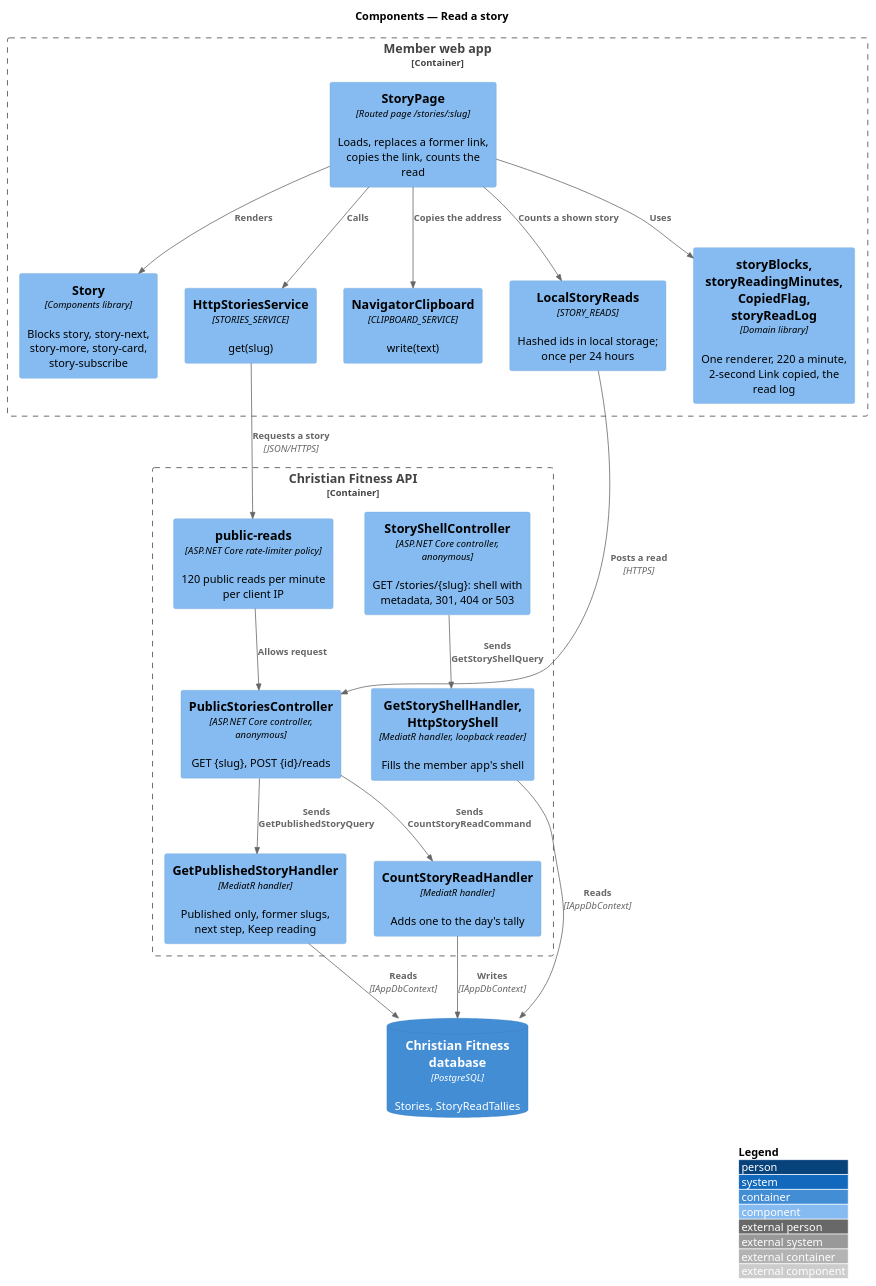
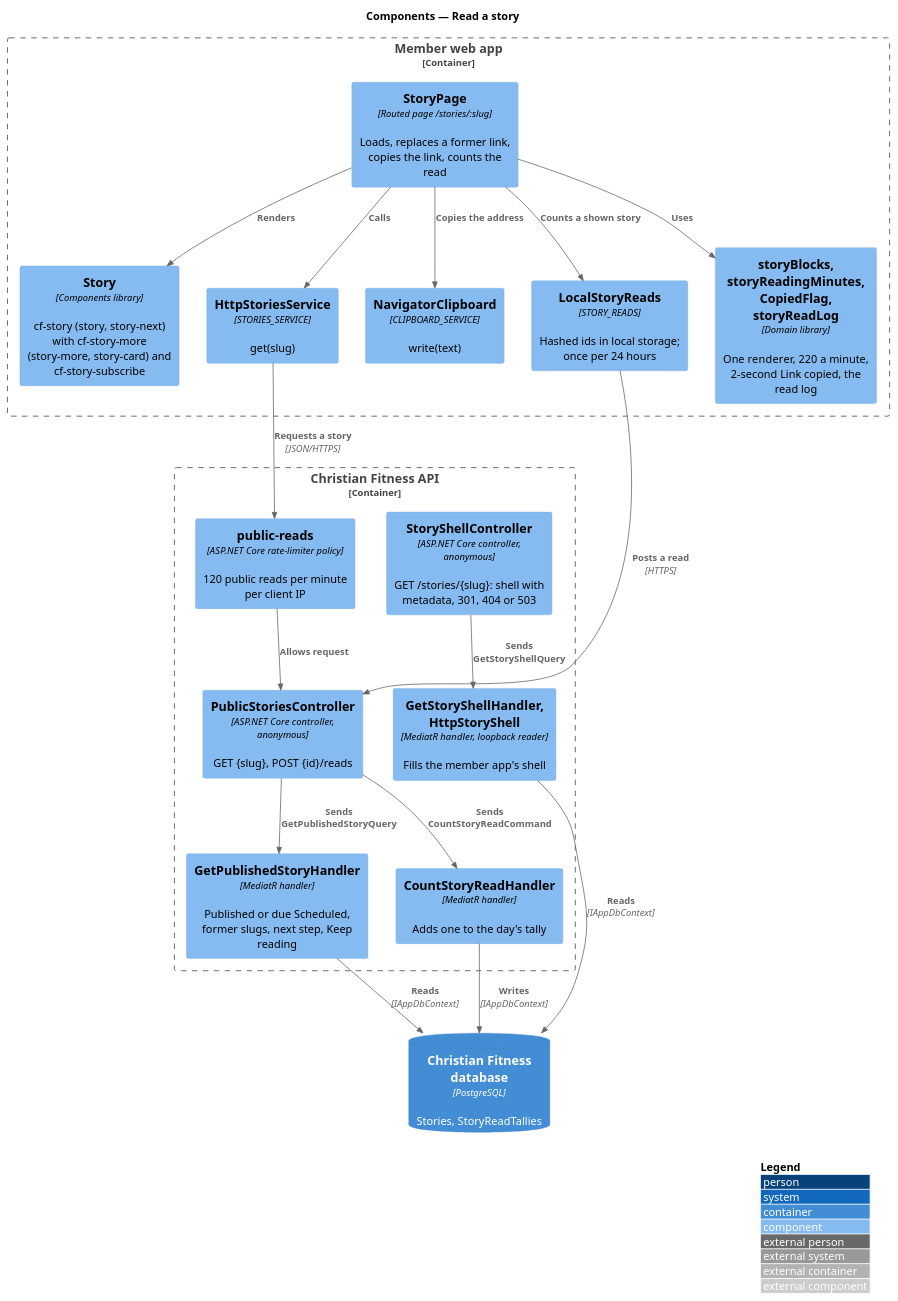
One commit to QuinntyneBrown/christian-fitness changed the diagram in docs/detailed-designs/news/read-story/diagrams/c4-component.puml. Above: the diagram before and after it, drawn with PlantUML. The commit also changed 13 other files, not shown here.

First line of the commit message:
Journey 24: Keep reading and the Weekly box in their own story components, inside the component-style budget

```diff
--- a/docs/detailed-designs/news/read-story/diagrams/c4-component.puml
+++ b/docs/detailed-designs/news/read-story/diagrams/c4-component.puml
@@ -1,37 +1,37 @@
 @startuml
 !include <C4/C4_Component>
 LAYOUT_WITH_LEGEND()
 title Components — Read a story
 
 Container_Boundary(web, "Member web app") {
   Component(page, "StoryPage", "Routed page /stories/:slug", "Loads, replaces a former link, copies the link, counts the read")
-  Component(article, "Story", "Components library", "Blocks story, story-next, story-more, story-card, story-subscribe")
+  Component(article, "Story", "Components library", "cf-story (story, story-next) with cf-story-more (story-more, story-card) and cf-story-subscribe")
   Component(client, "HttpStoriesService", "STORIES_SERVICE", "get(slug)")
   Component(clip, "NavigatorClipboard", "CLIPBOARD_SERVICE", "write(text)")
   Component(reads, "LocalStoryReads", "STORY_READS", "Hashed ids in local storage; once per 24 hours")
   Component(domain, "storyBlocks, storyReadingMinutes, CopiedFlag, storyReadLog", "Domain library", "One renderer, 220 a minute, 2-second Link copied, the read log")
 }
 Container_Boundary(api, "Christian Fitness API") {
   Component(shell, "StoryShellController", "ASP.NET Core controller, anonymous", "GET /stories/{slug}: shell with metadata, 301, 404 or 503")
   Component(ctrl, "PublicStoriesController", "ASP.NET Core controller, anonymous", "GET {slug}, POST {id}/reads")
-  Component(q, "GetPublishedStoryHandler", "MediatR handler", "Published only, former slugs, next step, Keep reading")
+  Component(q, "GetPublishedStoryHandler", "MediatR handler", "Published or due Scheduled, former slugs, next step, Keep reading")
   Component(s, "GetStoryShellHandler, HttpStoryShell", "MediatR handler, loopback reader", "Fills the member app's shell")
   Component(c, "CountStoryReadHandler", "MediatR handler", "Adds one to the day's tally")
   Component(limit, "public-reads", "ASP.NET Core rate-limiter policy", "120 public reads per minute per client IP")
 }
 ContainerDb(db, "Christian Fitness database", "PostgreSQL", "Stories, StoryReadTallies")
 Rel(page, client, "Calls")
 Rel(page, article, "Renders")
 Rel(page, clip, "Copies the address")
 Rel(page, reads, "Counts a shown story")
 Rel(page, domain, "Uses")
 Rel(client, limit, "Requests a story", "JSON/HTTPS")
 Rel(limit, ctrl, "Allows request")
 Rel(reads, ctrl, "Posts a read", "HTTPS")
 Rel(ctrl, q, "Sends GetPublishedStoryQuery")
 Rel(ctrl, c, "Sends CountStoryReadCommand")
 Rel(shell, s, "Sends GetStoryShellQuery")
 Rel(q, db, "Reads", "IAppDbContext")
 Rel(s, db, "Reads", "IAppDbContext")
 Rel(c, db, "Writes", "IAppDbContext")
 @enduml
```
